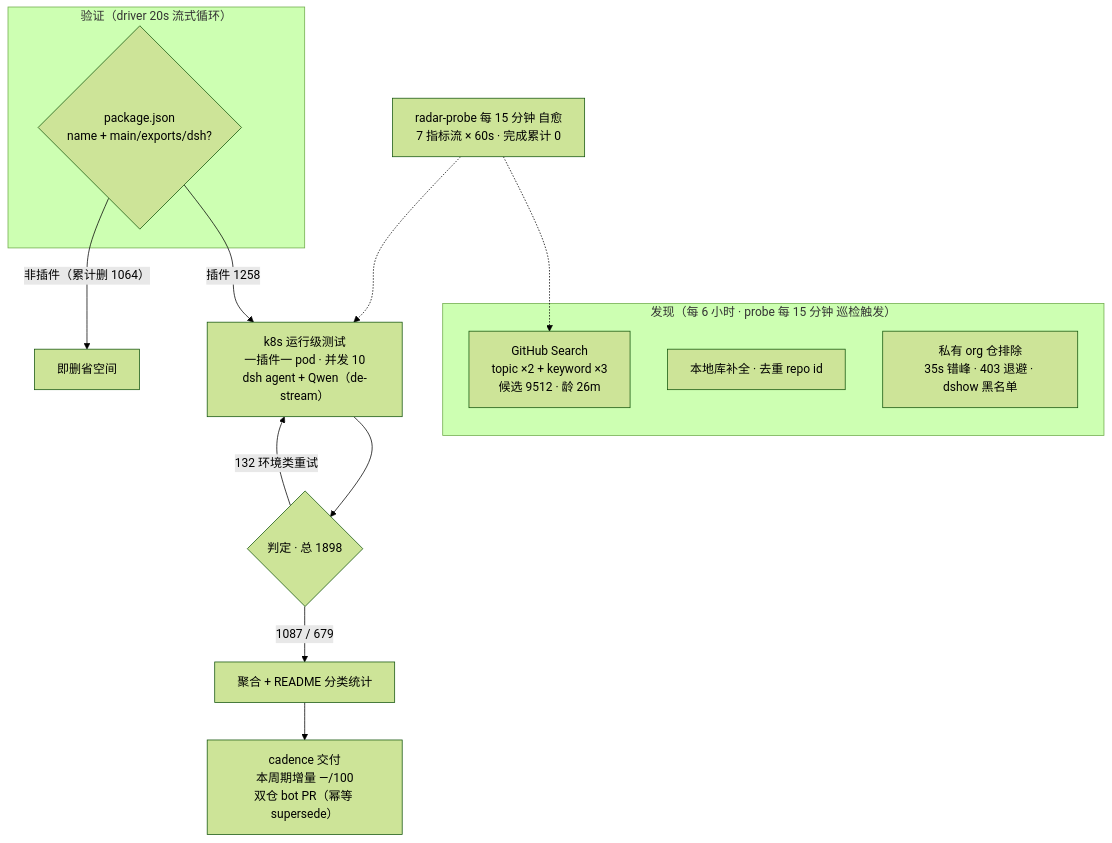
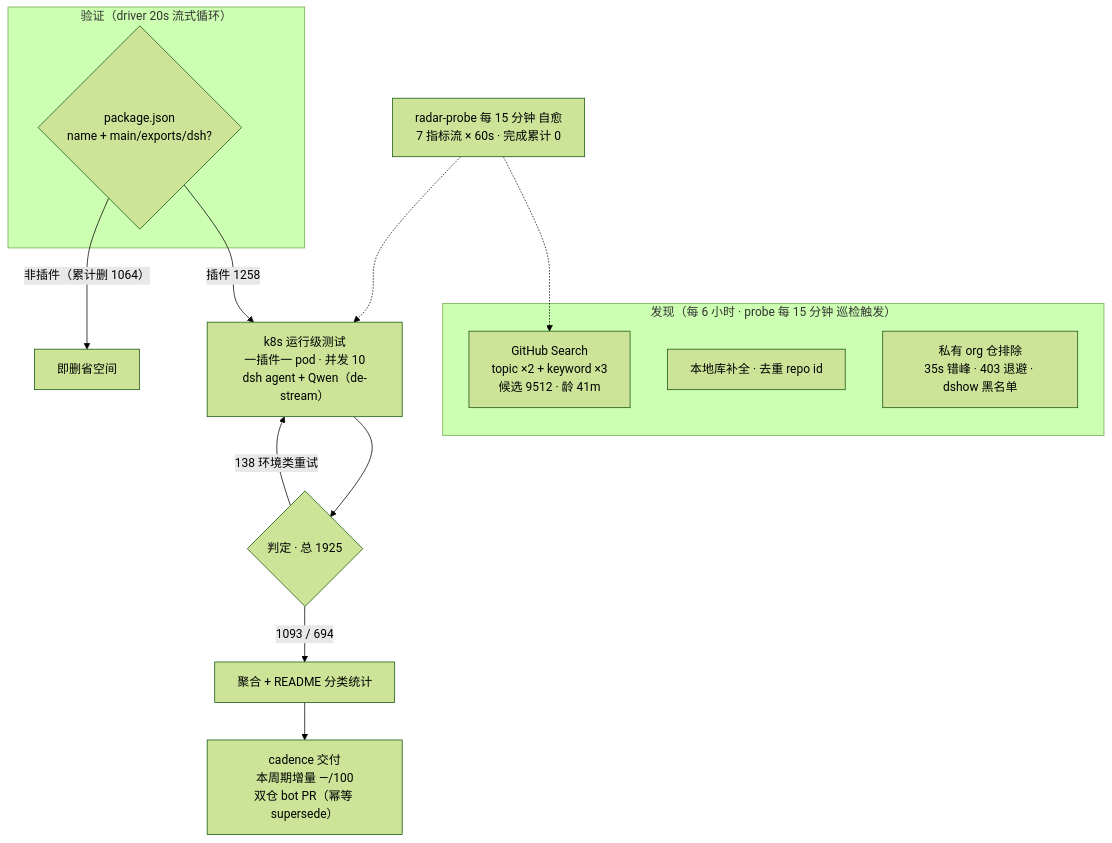
One commit to Zhidao-Lab-OSS/awesome-dsh-plugins changed the diagram in README.md. Above: the diagram before and after it, drawn with Mermaid (forest theme). The commit also changed other lines of this file and 1 other file, not shown here.

````diff
--- a/README.md
+++ b/README.md
@@ -37,19 +37,19 @@
 ```mermaid
 flowchart TB
     subgraph Discovery[" 发现（每 6 小时 · probe 每 15 分钟 巡检触发）"]
-        A1["GitHub Search<br/>topic ×2 + keyword ×3<br/>候选 9512 · 龄 26m"]
+        A1["GitHub Search<br/>topic ×2 + keyword ×3<br/>候选 9512 · 龄 41m"]
         A2["本地库补全 · 去重 repo id"]
         A3[" 私有 org 仓排除<br/>35s 错峰 · 403 退避 · dshow 黑名单"]
     end
     subgraph Validation[" 验证（driver 20s 流式循环）"]
         B1{"package.json<br/>name + main/exports/dsh?"}
     end
     B1 -->|"插件 1258"| C1["k8s 运行级测试<br/>一插件一 pod · 并发 10<br/>dsh agent + Qwen（de-stream）"]
     B1 -->|"非插件（累计删 1064）"| B3[" 即删省空间"]
-    C1 --> D1{"判定 · 总 1898"}
-    D1 -->|" 1087 /  679"| E1["聚合 + README 分类统计"]
-    D1 -->|" 132 环境类重试"| C1
+    C1 --> D1{"判定 · 总 1925"}
+    D1 -->|" 1093 /  694"| E1["聚合 + README 分类统计"]
+    D1 -->|" 138 环境类重试"| C1
     E1 --> E2["cadence 交付<br/>本周期增量 —/100<br/>双仓 bot PR（幂等 supersede）"]
     M[" radar-probe 每 15 分钟 自愈<br/>7 指标流 × 60s · 完成累计 0"] -.-> A1
     M -.-> C1
 ```
````
